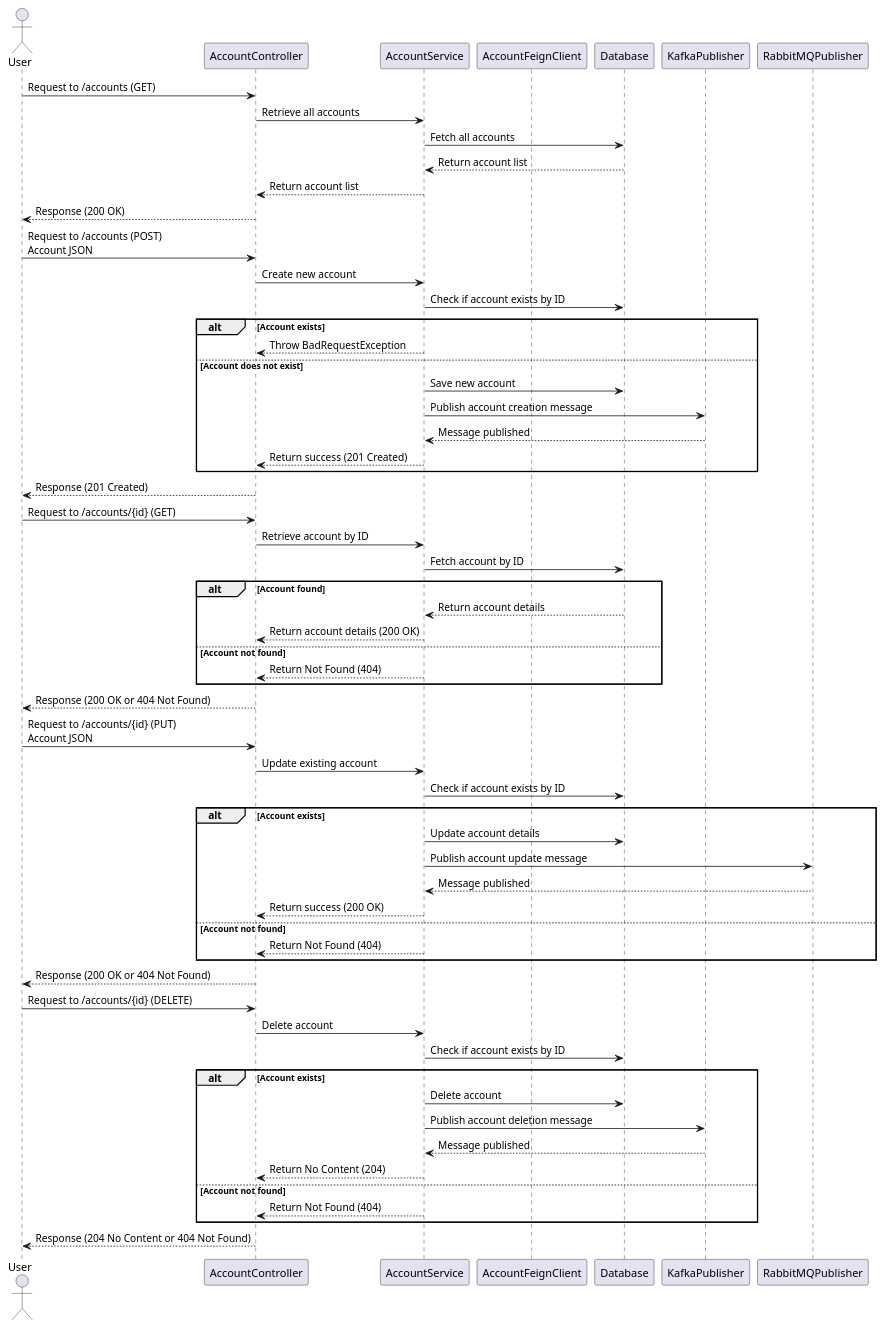
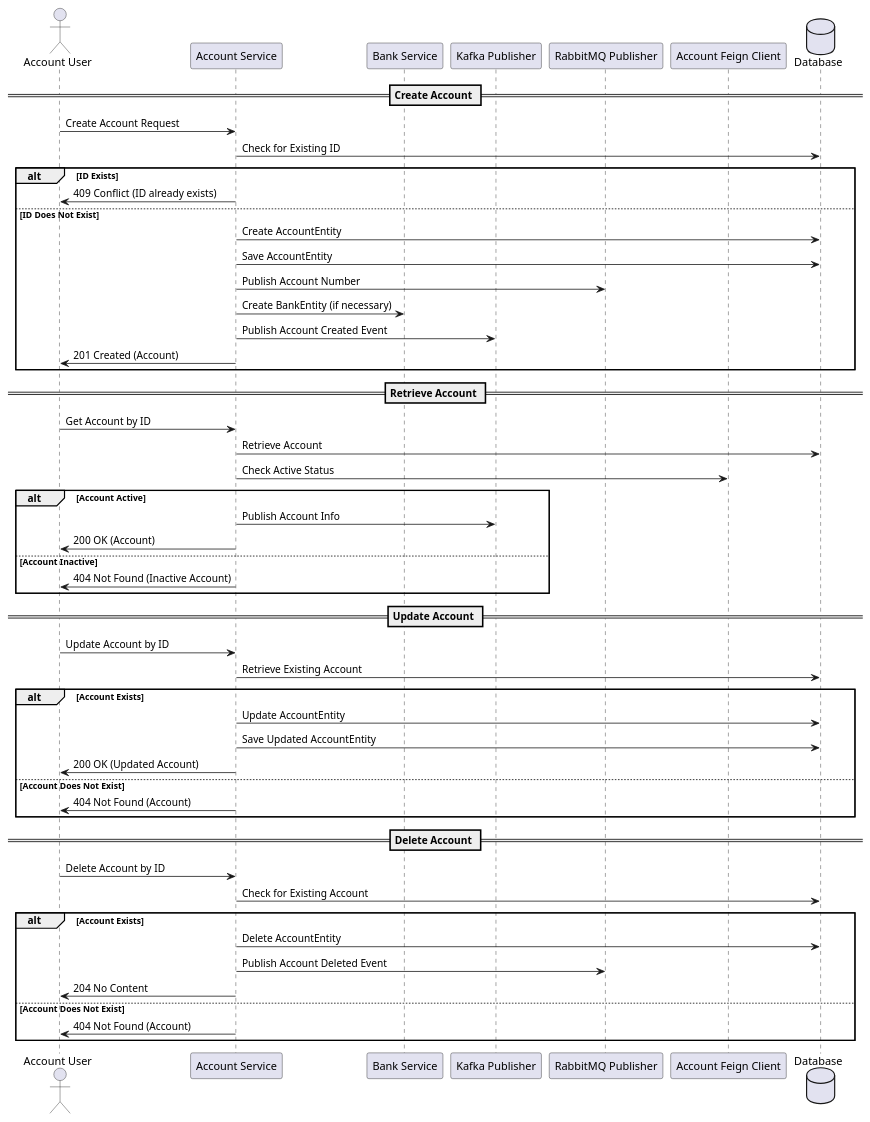
Before and after one commit to Bhaskar-Pavan/AccountService: the diagram in GeneratedDesignDocument/AccountService_25.md, drawn with PlantUML. The commit also changed other lines of this file, not shown here.

````diff
--- a/GeneratedDesignDocument/AccountService_25.md
+++ b/GeneratedDesignDocument/AccountService_25.md
@@ -38,69 +37,59 @@
 ```plantuml
 @startuml
-actor User
-participant "AccountController" as Controller
-participant "AccountService" as Service
-participant "AccountFeignClient" as FeignClient
-participant "Database" as DB
-participant "KafkaPublisher" as Kafka
-participant "RabbitMQPublisher" as RabbitMQ
+actor "Account User" as User
+participant "Account Service" as AccountService
+participant "Bank Service" as BankService
+participant "Kafka Publisher" as Kafka
+participant "RabbitMQ Publisher" as RabbitMQ
+participant "Account Feign Client" as AccountFeignClient
+database "Database" as DB
 
-User -> Controller : Request to /accounts (GET)
-Controller -> Service : Retrieve all accounts
-Service -> DB : Fetch all accounts
-DB --> Service : Return account list
-Service --> Controller : Return account list
-Controller --> User : Response (200 OK)
+== Create Account ==
+User -> AccountService : Create Account Request
+AccountService -> DB : Check for Existing ID
+alt ID Exists
+    AccountService -> User : 409 Conflict (ID already exists)
+else ID Does Not Exist
+    AccountService -> DB : Create AccountEntity
+    AccountService -> DB : Save AccountEntity
+    AccountService -> RabbitMQ : Publish Account Number
+    AccountService -> BankService : Create BankEntity (if necessary)
+    AccountService -> Kafka : Publish Account Created Event
+    AccountService -> User : 201 Created (Account)
+end
 
-User -> Controller : Request to /accounts (POST)\nAccount JSON
-Controller -> Service : Create new account
-Service -> DB : Check if account exists by ID
-alt Account exists
-    Service --> Controller : Throw BadRequestException
-else Account does not exist
-    Service -> DB : Save new account
-    Service -> Kafka : Publish account creation message
-    Kafka --> Service : Message published
-    Service --> Controller : Return success (201 Created)
+== Retrieve Account ==
+User -> AccountService : Get Account by ID
+AccountService -> DB : Retrieve Account
+AccountService -> AccountFeignClient : Check Active Status
+alt Account Active
+    AccountService -> Kafka : Publish Account Info
+    AccountService -> User : 200 OK (Account)
+else Account Inactive
+    AccountService -> User : 404 Not Found (Inactive Account)
 end
-Controller --> User : Response (201 Created)
 
-User -> Controller : Request to /accounts/{id} (GET)
-Controller -> Service : Retrieve account by ID
-Service -> DB : Fetch account by ID
-alt Account found
-    DB --> Service : Return account details
-    Service --> Controller : Return account details (200 OK)
-else Account not found
-    Service --> Controller : Return Not Found (404)
+== Update Account ==
+User -> AccountService : Update Account by ID
+AccountService -> DB : Retrieve Existing Account
+alt Account Exists
+    AccountService -> DB : Update AccountEntity
+    AccountService -> DB : Save Updated AccountEntity
+    AccountService -> User : 200 OK (Updated Account)
+else Account Does Not Exist
+    AccountService -> User : 404 Not Found (Account)
 end
-Controller --> User : Response (200 OK or 404 Not Found)
 
-User -> Controller : Request to /accounts/{id} (PUT)\nAccount JSON
-Controller -> Service : Update existing account
-Service -> DB : Check if account exists by ID
-alt Account exists
-    Service -> DB : Update account details
-    Service -> RabbitMQ : Publish account update message
-    RabbitMQ --> Service : Message published
-    Service --> Controller : Return success (200 OK)
-else Account not found
-    Service --> Controller : Return Not Found (404)
+== Delete Account ==
+User -> AccountService : Delete Account by ID
+AccountService -> DB : Check for Existing Account
+alt Account Exists
+    AccountService -> DB : Delete AccountEntity
+    AccountService -> RabbitMQ : Publish Account Deleted Event
+    AccountService -> User : 204 No Content
+else Account Does Not Exist
+    AccountService -> User : 404 Not Found (Account)
 end
-Controller --> User : Response (200 OK or 404 Not Found)
-
-User -> Controller : Request to /accounts/{id} (DELETE)
-Controller -> Service : Delete account
-Service -> DB : Check if account exists by ID
-alt Account exists
-    Service -> DB : Delete account
-    Service -> Kafka : Publish account deletion message
-    Kafka --> Service : Message published
-    Service --> Controller : Return No Content (204)
-else Account not found
-    Service --> Controller : Return Not Found (404)
-end
-Controller --> User : Response (204 No Content or 404 Not Found)
 
 @enduml
 ```
````
